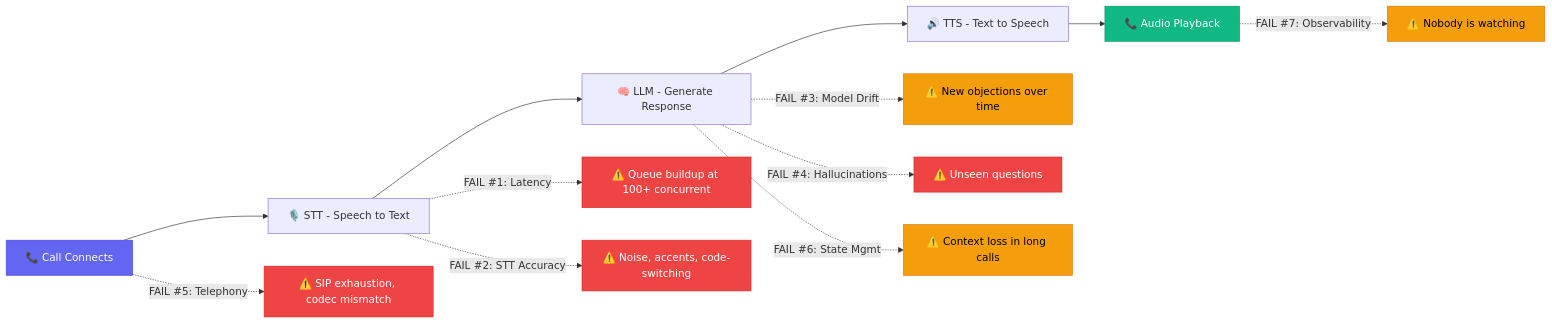
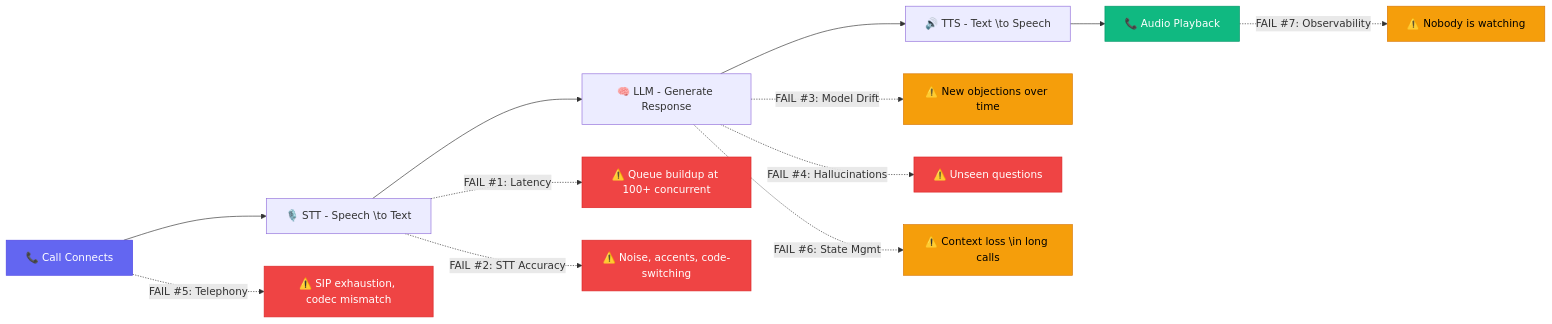
The diagram in data/blog/ai-voice-agent-demo-production-gap-failure-modes-2026.mdx (ajitesh123/auto-interview), drawn with Mermaid before and after one commit. The commit also changed other lines of this file and 359 other files, not shown here.

````diff
--- a/data/blog/ai-voice-agent-demo-production-gap-failure-modes-2026.mdx
+++ b/data/blog/ai-voice-agent-demo-production-gap-failure-modes-2026.mdx
@@ -102,25 +102,25 @@
 ```mermaid
 flowchart LR
-    A["📞 Call Connects"] --> B["🎙️ STT - Speech to Text"]
+    A["📞 Call Connects"] --> B["🎙️ STT - Speech \to Text"]
     B --> C["🧠 LLM - Generate Response"]
-    C --> D["🔊 TTS - Text to Speech"]
+    C --> D["🔊 TTS - Text \to Speech"]
     D --> E["📞 Audio Playback"]
 
     B -.->|"FAIL #1: Latency"| F["⚠️ Queue buildup at 100+ concurrent"]
     B -.->|"FAIL #2: STT Accuracy"| G["⚠️ Noise, accents, code-switching"]
     C -.->|"FAIL #3: Model Drift"| H["⚠️ New objections over time"]
     C -.->|"FAIL #4: Hallucinations"| I["⚠️ Unseen questions"]
     A -.->|"FAIL #5: Telephony"| J["⚠️ SIP exhaustion, codec mismatch"]
-    C -.->|"FAIL #6: State Mgmt"| K["⚠️ Context loss in long calls"]
+    C -.->|"FAIL #6: State Mgmt"| K["⚠️ Context loss \in long calls"]
     E -.->|"FAIL #7: Observability"| L["⚠️ Nobody is watching"]
 
     style A fill:#6366f1,stroke:#4f46e5,color:#fff
     style E fill:#10b981,stroke:#059669,color:#fff
     style F fill:#ef4444,stroke:#dc2626,color:#fff
     style G fill:#ef4444,stroke:#dc2626,color:#fff
     style H fill:#f59e0b,stroke:#d97706,color:#000
     style I fill:#ef4444,stroke:#dc2626,color:#fff
     style J fill:#ef4444,stroke:#dc2626,color:#fff
     style K fill:#f59e0b,stroke:#d97706,color:#000
     style L fill:#f59e0b,stroke:#d97706,color:#000
 ```
````
